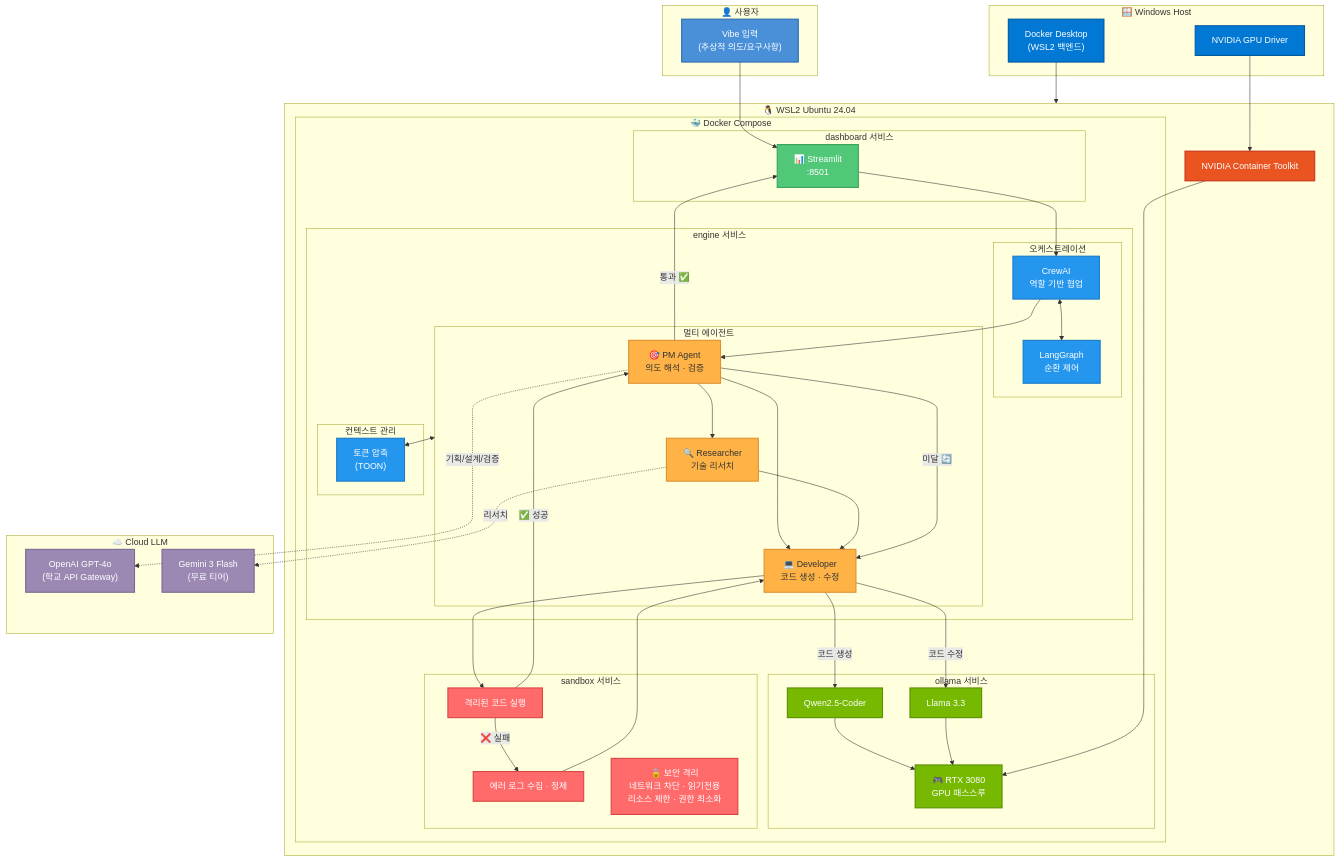
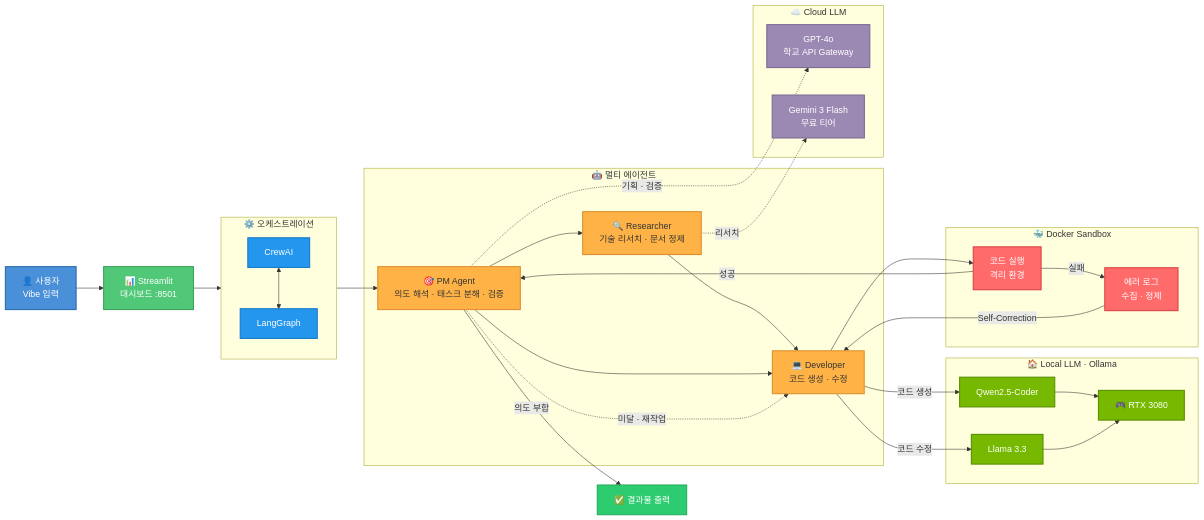
Before and after one commit to kuro-0211/auto-vibe-coding: the diagram in architecture.mermaid, drawn with Mermaid. The commit also changed 1 other file, not shown here.

```diff
--- a/architecture.mermaid
+++ b/architecture.mermaid
@@ -1,116 +1,80 @@
-graph TB
-    subgraph USER["👤 사용자"]
-        INPUT["Vibe 입력<br/>(추상적 의도/요구사항)"]
+graph LR
+    %% ── 입력 ──
+    INPUT["👤 사용자<br/>Vibe 입력"]
+
+    %% ── UI ──
+    DASH["📊 Streamlit<br/>대시보드 :8501"]
+
+    %% ── 오케스트레이션 ──
+    subgraph ORCH["⚙️ 오케스트레이션"]
+        CREWAI["CrewAI"] <--> LANGGRAPH["LangGraph"]
     end
 
-    subgraph HOST["🪟 Windows Host"]
-        DRIVER["NVIDIA GPU Driver"]
-        DOCKER_DESKTOP["Docker Desktop<br/>(WSL2 백엔드)"]
+    %% ── 에이전트 ──
+    subgraph AGENTS["🤖 멀티 에이전트"]
+        PM["🎯 PM Agent<br/>의도 해석 · 태스크 분해 · 검증"]
+        RES["🔍 Researcher<br/>기술 리서치 · 문서 정제"]
+        DEV["💻 Developer<br/>코드 생성 · 수정"]
     end
 
-    subgraph WSL2["🐧 WSL2 Ubuntu 24.04"]
-        TOOLKIT["NVIDIA Container Toolkit"]
-
-        subgraph DOCKER["🐳 Docker Compose"]
-
-            subgraph OLLAMA_SVC["ollama 서비스"]
-                QWEN["Qwen2.5-Coder"]
-                LLAMA["Llama 3.3"]
-                GPU["🎮 RTX 3080<br/>GPU 패스스루"]
-            end
-
-            subgraph ENGINE_SVC["engine 서비스"]
-                subgraph ORCHESTRATION["오케스트레이션"]
-                    CREWAI["CrewAI<br/>역할 기반 협업"]
-                    LANGGRAPH["LangGraph<br/>순환 제어"]
-                end
-
-                subgraph AGENTS["멀티 에이전트"]
-                    PM["🎯 PM Agent<br/>의도 해석 · 검증"]
-                    RESEARCHER["🔍 Researcher<br/>기술 리서치"]
-                    DEVELOPER["💻 Developer<br/>코드 생성 · 수정"]
-                end
-
-                subgraph CTX["컨텍스트 관리"]
-                    COMPRESS["토큰 압축<br/>(TOON)"]
-                end
-            end
-
-            subgraph SANDBOX_SVC["sandbox 서비스"]
-                EXEC["격리된 코드 실행"]
-                ERRLOG["에러 로그 수집 · 정제"]
-                SECURITY["🔒 보안 격리<br/>네트워크 차단 · 읽기전용<br/>리소스 제한 · 권한 최소화"]
-            end
-
-            subgraph DASH_SVC["dashboard 서비스"]
-                STREAMLIT["📊 Streamlit<br/>:8501"]
-            end
-
-        end
+    %% ── LLM ──
+    subgraph CLOUD["☁️ Cloud LLM"]
+        GPT["GPT-4o<br/>학교 API Gateway"]
+        GEM["Gemini 3 Flash<br/>무료 티어"]
     end
 
-    subgraph CLOUD["☁️ Cloud LLM"]
-        GPT4O["OpenAI GPT-4o<br/>(학교 API Gateway)"]
-        GEMINI["Gemini 3 Flash<br/>(무료 티어)"]
+    subgraph LOCAL["🏠 Local LLM · Ollama"]
+        QWEN["Qwen2.5-Coder"]
+        LLAMA["Llama 3.3"]
+        GPU["🎮 RTX 3080"]
     end
 
-    %% 사용자 → UI
-    INPUT --> STREAMLIT
-    STREAMLIT --> CREWAI
+    %% ── 실행 ──
+    subgraph SANDBOX["🐳 Docker Sandbox"]
+        EXEC["코드 실행<br/>격리 환경"]
+        ERR["에러 로그<br/>수집 · 정제"]
+    end
 
-    %% 오케스트레이션 → 에이전트
-    CREWAI <--> LANGGRAPH
-    CREWAI --> PM
-    PM --> RESEARCHER
-    PM --> DEVELOPER
-    RESEARCHER --> DEVELOPER
+    %% ── 결과 ──
+    OUTPUT["✅ 결과물 출력"]
 
-    %% Cloud LLM 연결 (점선)
-    PM -.->|기획/설계/검증| GPT4O
-    RESEARCHER -.->|리서치| GEMINI
+    %% ── 메인 플로우 ──
+    INPUT --> DASH --> ORCH --> PM
+    PM --> RES --> DEV
+    PM --> DEV
 
-    %% Local LLM 연결
-    DEVELOPER -->|코드 생성| QWEN
-    DEVELOPER -->|코드 수정| LLAMA
+    %% ── LLM 연결 ──
+    PM -.->|기획 · 검증| GPT
+    RES -.->|리서치| GEM
+    DEV -->|코드 생성| QWEN
+    DEV -->|코드 수정| LLAMA
     QWEN --> GPU
     LLAMA --> GPU
 
-    %% 샌드박스 실행 루프
-    DEVELOPER --> EXEC
-    EXEC -->|✅ 성공| PM
-    EXEC -->|❌ 실패| ERRLOG
-    ERRLOG --> DEVELOPER
+    %% ── 실행 루프 ──
+    DEV --> EXEC
+    EXEC -->|성공| PM
+    EXEC -->|실패| ERR -->|Self-Correction| DEV
 
-    %% 의도 검증 분기
-    PM -->|통과 ✅| STREAMLIT
-    PM -->|미달 🔄| DEVELOPER
+    %% ── 의도 검증 ──
+    PM -->|의도 부합| OUTPUT
+    PM -.->|미달 · 재작업| DEV
 
-    %% 컨텍스트 관리
-    AGENTS <--> COMPRESS
-
-    %% 인프라 연결
-    DOCKER_DESKTOP --> WSL2
-    DRIVER --> TOOLKIT
-    TOOLKIT --> GPU
-
-    %% 스타일
-    classDef user fill:#4A90D9,stroke:#2E6CB0,color:#fff,stroke-width:2px
-    classDef host fill:#0078D4,stroke:#005A9E,color:#fff,stroke-width:2px
-    classDef wsl fill:#E95420,stroke:#C7351A,color:#fff,stroke-width:2px
-    classDef docker fill:#2496ED,stroke:#1A7BC8,color:#fff,stroke-width:2px
+    %% ── 스타일 ──
+    classDef input fill:#4A90D9,stroke:#2E6CB0,color:#fff,stroke-width:2px
+    classDef ui fill:#50C878,stroke:#3DA35D,color:#fff,stroke-width:2px
+    classDef orch fill:#2496ED,stroke:#1A7BC8,color:#fff,stroke-width:2px
     classDef agent fill:#FFB347,stroke:#E09030,color:#333,stroke-width:2px
     classDef cloud fill:#9B89B3,stroke:#7B6B93,color:#fff,stroke-width:2px
     classDef local fill:#76B900,stroke:#5A8F00,color:#fff,stroke-width:2px
     classDef sandbox fill:#FF6B6B,stroke:#D94545,color:#fff,stroke-width:2px
-    classDef ui fill:#50C878,stroke:#3DA35D,color:#fff,stroke-width:2px
+    classDef output fill:#2ECC71,stroke:#27AE60,color:#fff,stroke-width:2px
 
-    class INPUT user
-    class DRIVER,DOCKER_DESKTOP host
-    class TOOLKIT wsl
-    class PM,RESEARCHER,DEVELOPER agent
-    class GPT4O,GEMINI cloud
+    class INPUT input
+    class DASH ui
+    class CREWAI,LANGGRAPH orch
+    class PM,RES,DEV agent
+    class GPT,GEM cloud
     class QWEN,LLAMA,GPU local
-    class EXEC,ERRLOG,SECURITY sandbox
-    class STREAMLIT ui
-    class CREWAI,LANGGRAPH docker
-    class COMPRESS docker
+    class EXEC,ERR sandbox
+    class OUTPUT output
```
